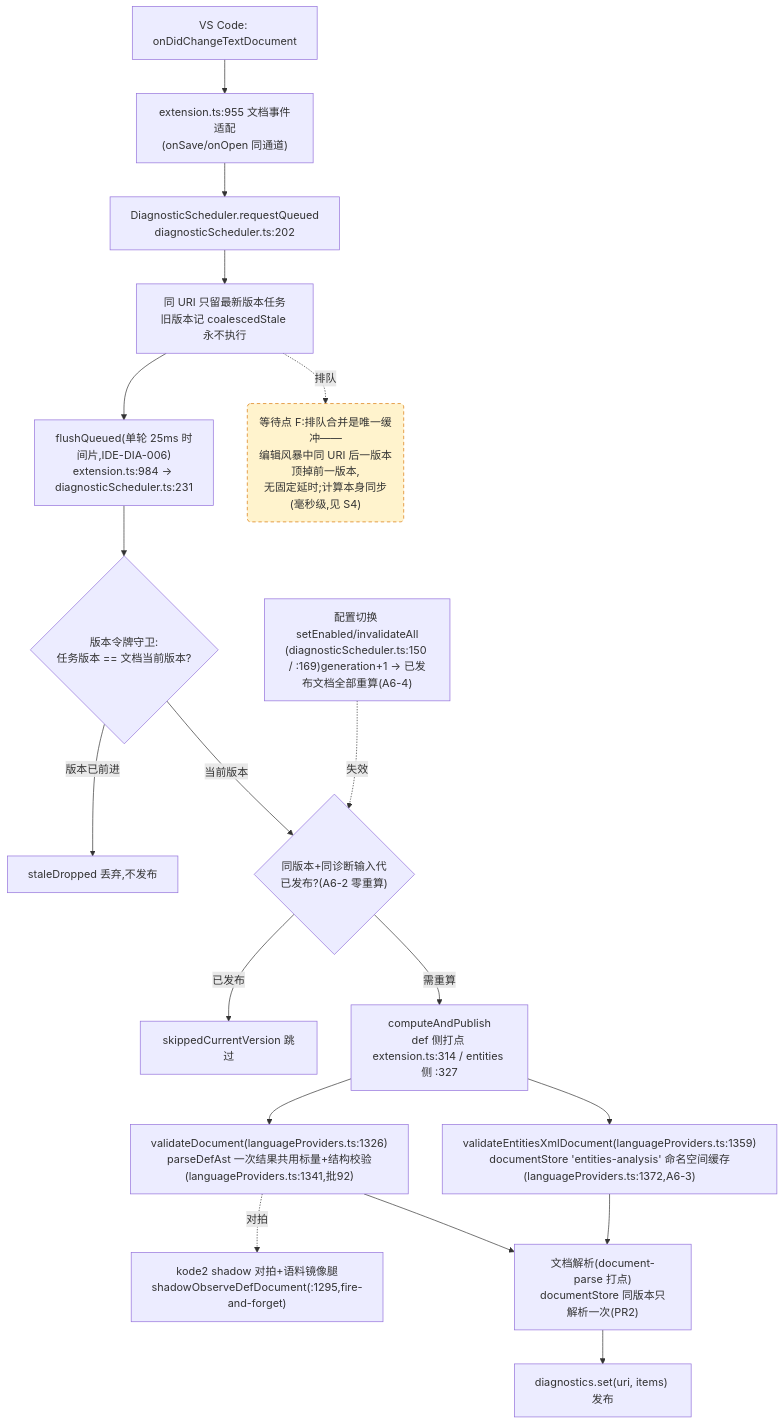
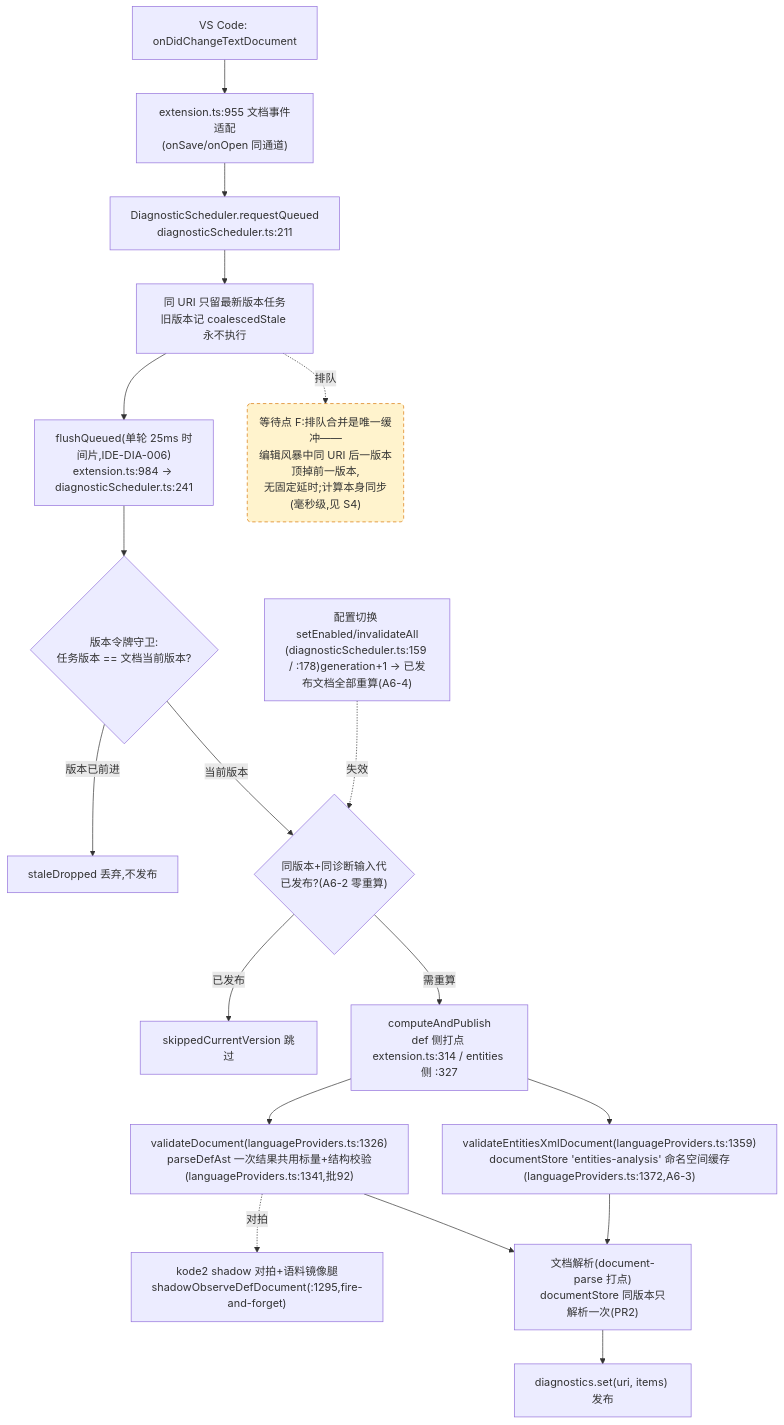
One commit to cuihairu/kode changed the fourth of 4 diagrams in docs/perf/2026-baseline.md. Above: the diagram before and after it, drawn with Mermaid. The commit also changed 4 other files, not shown here.

````diff
--- a/docs/perf/2026-baseline.md
+++ b/docs/perf/2026-baseline.md
@@ -214,38 +214,38 @@
 ```mermaid
 flowchart TD
   CHG["VS Code: onDidChangeTextDocument"]
   WATCH["extension.ts:955 文档事件适配<br/>(onSave/onOpen 同通道)"]
-  RQ["DiagnosticScheduler.requestQueued<br/>diagnosticScheduler.ts:202"]
+  RQ["DiagnosticScheduler.requestQueued<br/>diagnosticScheduler.ts:211"]
   CO["同 URI 只留最新版本任务<br/>旧版本记 coalescedStale 永不执行"]
-  FL["flushQueued(单轮 25ms 时间片,IDE-DIA-006)<br/>extension.ts:984 → diagnosticScheduler.ts:231"]
+  FL["flushQueued(单轮 25ms 时间片,IDE-DIA-006)<br/>extension.ts:984 → diagnosticScheduler.ts:241"]
   VG{"版本令牌守卫:<br/>任务版本 == 文档当前版本?"}
   DROP["staleDropped 丢弃,不发布"]
   GEN{"同版本+同诊断输入代<br/>已发布?(A6-2 零重算)"}
   SKIP["skippedCurrentVersion 跳过"]
   CALC["computeAndPublish<br/>def 侧打点 extension.ts:314 / entities 侧 :327"]
   VD["validateDocument(languageProviders.ts:1326)<br/>parseDefAst 一次结果共用标量+结构校验(languageProviders.ts:1341,批92)"]
   VEX["validateEntitiesXmlDocument(languageProviders.ts:1359)<br/>documentStore 'entities-analysis' 命名空间缓存(languageProviders.ts:1372,A6-3)"]
   SHDD["kode2 shadow 对拍+语料镜像腿<br/>shadowObserveDefDocument(:1295,fire-and-forget)"]
   DS["文档解析(document-parse 打点)<br/>documentStore 同版本只解析一次(PR2)"]
   PUB["diagnostics.set(uri, items) 发布"]
-  CFG2["配置切换 setEnabled/invalidateAll<br/>(diagnosticScheduler.ts:150 / :169)generation+1 → 已发布文档全部重算(A6-4)"]
+  CFG2["配置切换 setEnabled/invalidateAll<br/>(diagnosticScheduler.ts:159 / :178)generation+1 → 已发布文档全部重算(A6-4)"]
 
   CHG --> WATCH --> RQ --> CO --> FL --> VG
   VG -- "版本已前进" --> DROP
   VG -- "当前版本" --> GEN
   GEN -- "已发布" --> SKIP
   GEN -- "需重算" --> CALC
   CALC --> VD
   CALC --> VEX
   VD --> DS
   VEX --> DS
   DS --> PUB
   VD -.->|对拍| SHDD
   CFG2 -.->|失效| GEN
 
   WAITF("等待点 F:排队合并是唯一缓冲——<br/>编辑风暴中同 URI 后一版本顶掉前一版本,<br/>无固定延时;计算本身同步(毫秒级,见 S4)")
   CO -.->|排队| WAITF
 
   classDef waitPoint fill:#fff3cd,stroke:#d97706,stroke-dasharray:5 4;
   class WAITF waitPoint;
 ```
````
